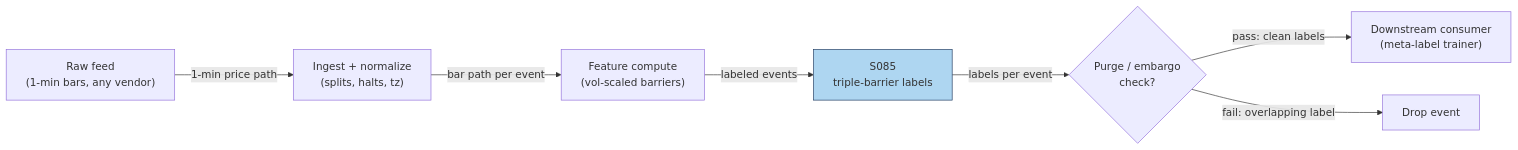
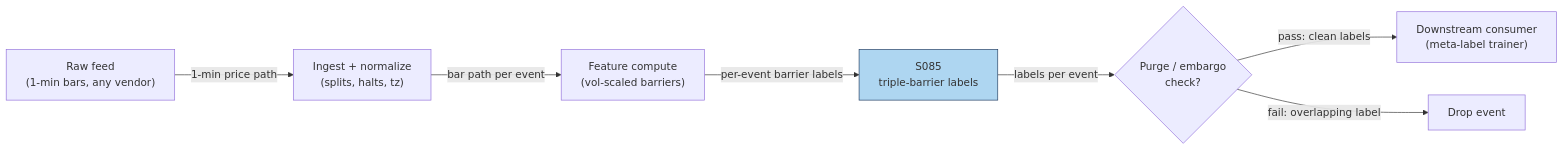
Before and after one commit to praveenguptahcl/quant-signals-deep: the diagram in batches/SB3/S085.md, drawn with Mermaid. The commit also changed other lines of this file and 49 other files, not shown here.

````diff
--- a/batches/SB3/S085.md
+++ b/batches/SB3/S085.md
@@ -145,10 +147,10 @@
 ```mermaid
 flowchart LR
     FEED["Raw feed<br/>(1-min bars, any vendor)"] -->|"1-min price path"| ING["Ingest + normalize<br/>(splits, halts, tz)"]
     ING -->|"bar path per event"| FEAT["Feature compute<br/>(vol-scaled barriers)"]
-    FEAT -->|"labeled events"| SIG["S085<br/>triple-barrier labels"]
+    FEAT -->|"per-event barrier labels"| SIG["S085<br/>triple-barrier labels"]
     SIG -->|"labels per event"| GATE{"Purge / embargo<br/>check?"}
     GATE -->|"pass: clean labels"| OUT["Downstream consumer<br/>(meta-label trainer)"]
     GATE -->|"fail: overlapping label"| DROP["Drop event"]
     style SIG fill:#aed6f1,stroke:#1f3a5f
 ```
````
